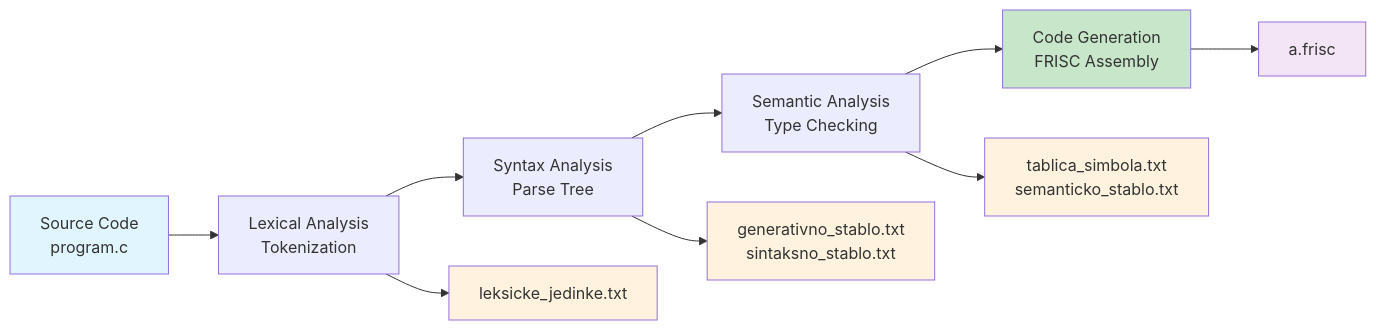
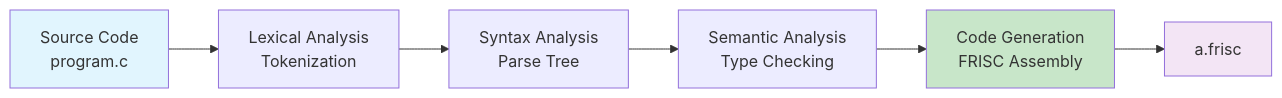
The diagram in README.md (KarloKnezevic/ccompiler), drawn with Mermaid before and after one commit. The commit also changed other lines of this file and 165 other files, not shown here.

````diff
--- a/README.md
+++ b/README.md
@@ -28,19 +247,13 @@
 ```mermaid
 flowchart LR
     A[Source Code<br/>program.c] --> B[Lexical Analysis<br/>Tokenization]
     B --> C[Syntax Analysis<br/>Parse Tree]
     C --> D[Semantic Analysis<br/>Type Checking]
     D --> E[Code Generation<br/>FRISC Assembly]
     
-    B --> F[leksicke_jedinke.txt]
-    C --> G[generativno_stablo.txt<br/>sintaksno_stablo.txt]
-    D --> H[tablica_simbola.txt<br/>semanticko_stablo.txt]
-    E --> I[a.frisc]
+    E --> F[a.frisc]
     
     style A fill:#e1f5fe
     style E fill:#c8e6c9
-    style F fill:#fff3e0
-    style G fill:#fff3e0
-    style H fill:#fff3e0
-    style I fill:#f3e5f5
+    style F fill:#f3e5f5
 ```
````
